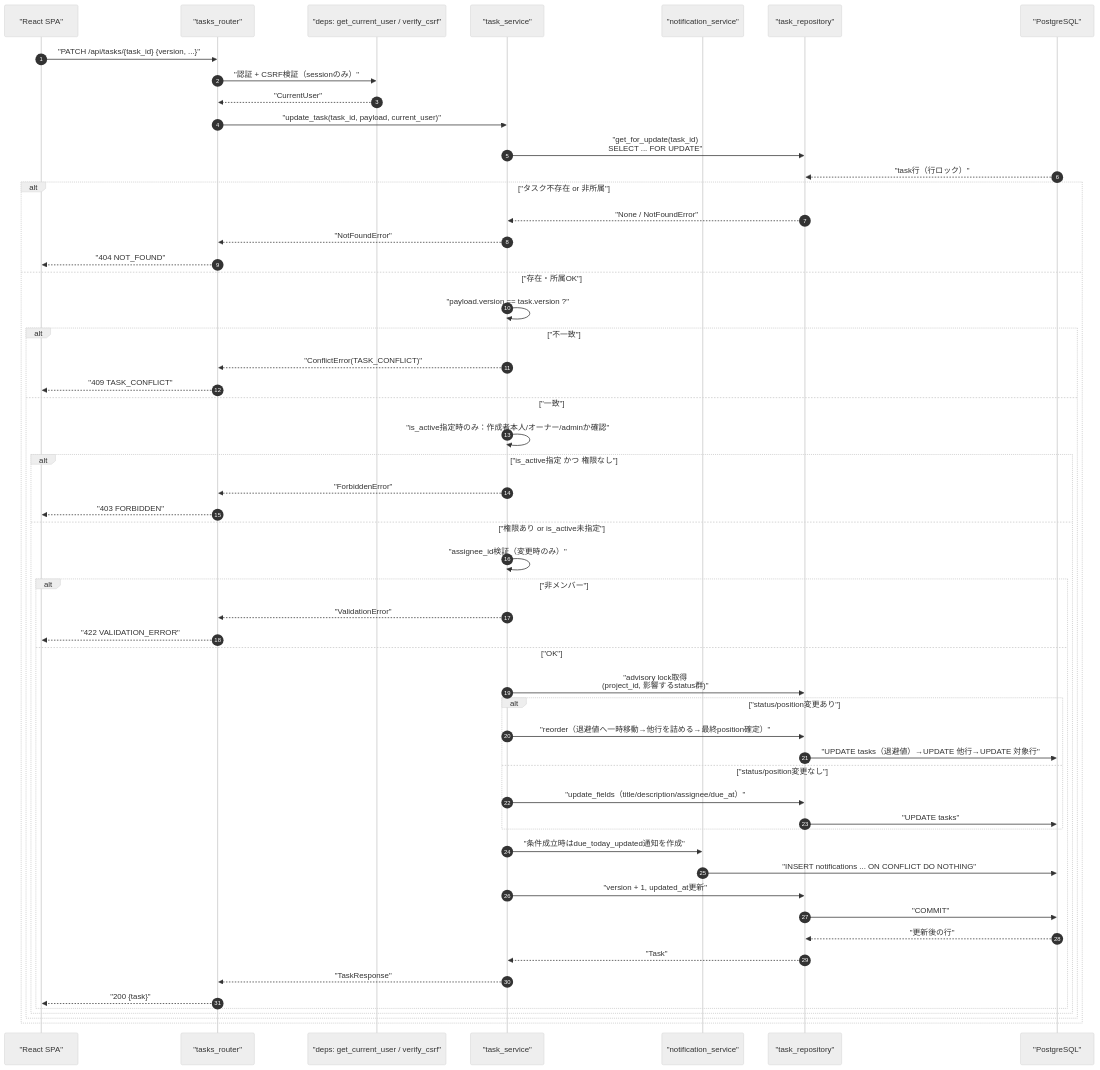
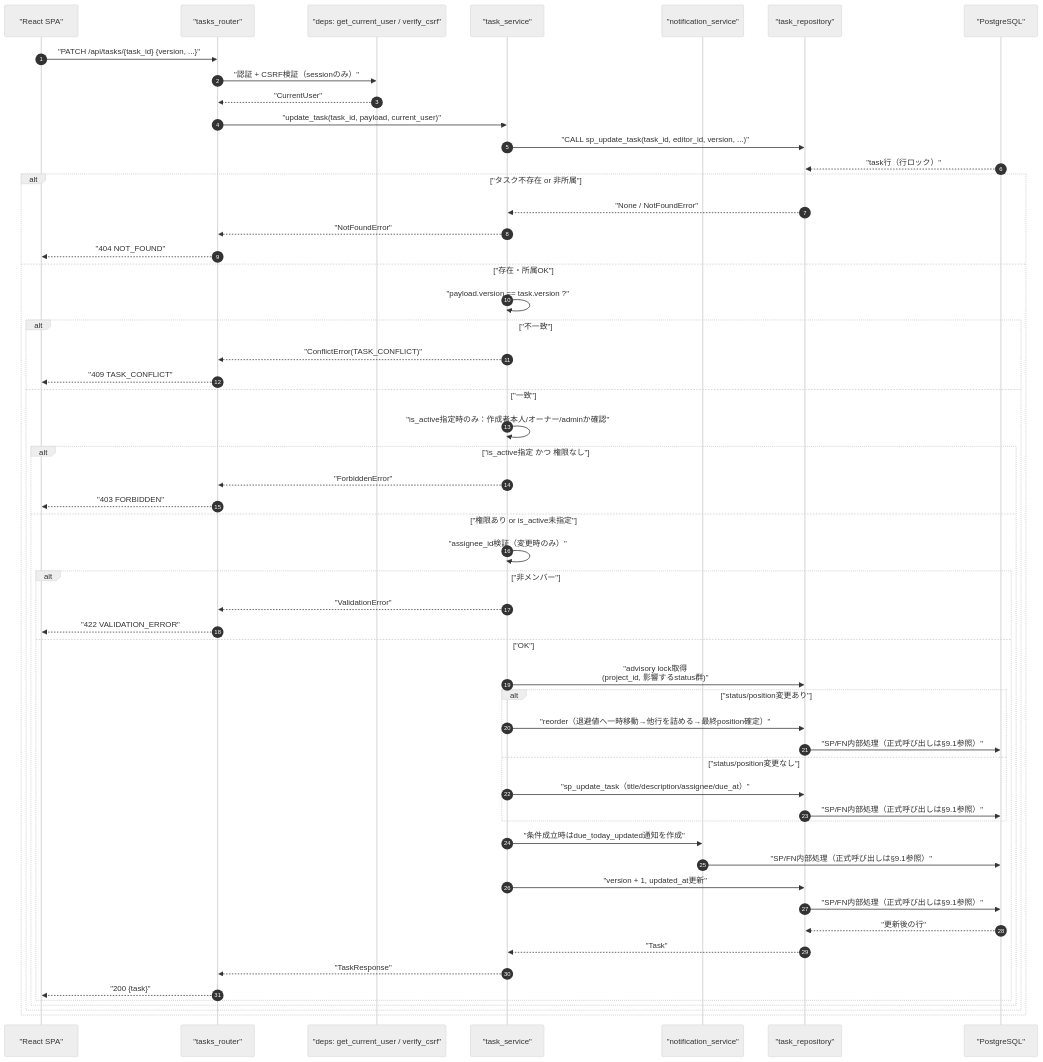
One commit to oikawa-d/task_management changed the first of 4 diagrams in detailed_design/api/tasks/04_patch_task.md. Above: the diagram before and after it, drawn with Mermaid (neutral theme). The commit also changed other lines of this file and 58 other files, not shown here.

````diff
--- a/detailed_design/api/tasks/04_patch_task.md
+++ b/detailed_design/api/tasks/04_patch_task.md
@@ -114,58 +114,58 @@
 ```mermaid
 sequenceDiagram
     autonumber
     participant FE as "React SPA"
     participant R as "tasks_router"
     participant D as "deps: get_current_user / verify_csrf"
     participant S as "task_service"
     participant NS as "notification_service"
     participant TR as "task_repository"
     participant PG as "PostgreSQL"
 
     FE->>R: "PATCH /api/tasks/{task_id} {version, ...}"
     R->>D: "認証 + CSRF検証（sessionのみ）"
     D-->>R: "CurrentUser"
     R->>S: "update_task(task_id, payload, current_user)"
-    S->>TR: "get_for_update(task_id)<br/>SELECT ... FOR UPDATE"
+    S->>TR: "CALL sp_update_task(task_id, editor_id, version, ...)"
     PG-->>TR: "task行（行ロック）"
     alt "タスク不存在 or 非所属"
         TR-->>S: "None / NotFoundError"
         S-->>R: "NotFoundError"
         R-->>FE: "404 NOT_FOUND"
     else "存在・所属OK"
         S->>S: "payload.version == task.version ?"
         alt "不一致"
             S-->>R: "ConflictError(TASK_CONFLICT)"
             R-->>FE: "409 TASK_CONFLICT"
         else "一致"
             S->>S: "is_active指定時のみ：作成者本人/オーナー/adminか確認"
             alt "is_active指定 かつ 権限なし"
                 S-->>R: "ForbiddenError"
                 R-->>FE: "403 FORBIDDEN"
             else "権限あり or is_active未指定"
             S->>S: "assignee_id検証（変更時のみ）"
             alt "非メンバー"
                 S-->>R: "ValidationError"
                 R-->>FE: "422 VALIDATION_ERROR"
             else "OK"
                 S->>TR: "advisory lock取得<br/>(project_id, 影響するstatus群)"
                 alt "status/position変更あり"
                     S->>TR: "reorder（退避値へ一時移動→他行を詰める→最終position確定）"
-                    TR->>PG: "UPDATE tasks（退避値）→UPDATE 他行→UPDATE 対象行"
+                    TR->>PG: "SP/FN内部処理（正式呼び出しは§9.1参照）"
                 else "status/position変更なし"
-                    S->>TR: "update_fields（title/description/assignee/due_at）"
-                    TR->>PG: "UPDATE tasks"
+                    S->>TR: "sp_update_task（title/description/assignee/due_at）"
+                    TR->>PG: "SP/FN内部処理（正式呼び出しは§9.1参照）"
                 end
                 S->>NS: "条件成立時はdue_today_updated通知を作成"
-                NS->>PG: "INSERT notifications ... ON CONFLICT DO NOTHING"
+                NS->>PG: "SP/FN内部処理（正式呼び出しは§9.1参照）"
                 S->>TR: "version + 1, updated_at更新"
-                TR->>PG: "COMMIT"
+                TR->>PG: "SP/FN内部処理（正式呼び出しは§9.1参照）"
                 PG-->>TR: "更新後の行"
                 TR-->>S: "Task"
                 S-->>R: "TaskResponse"
                 R-->>FE: "200 {task}"
             end
             end
         end
     end
 ```
````
